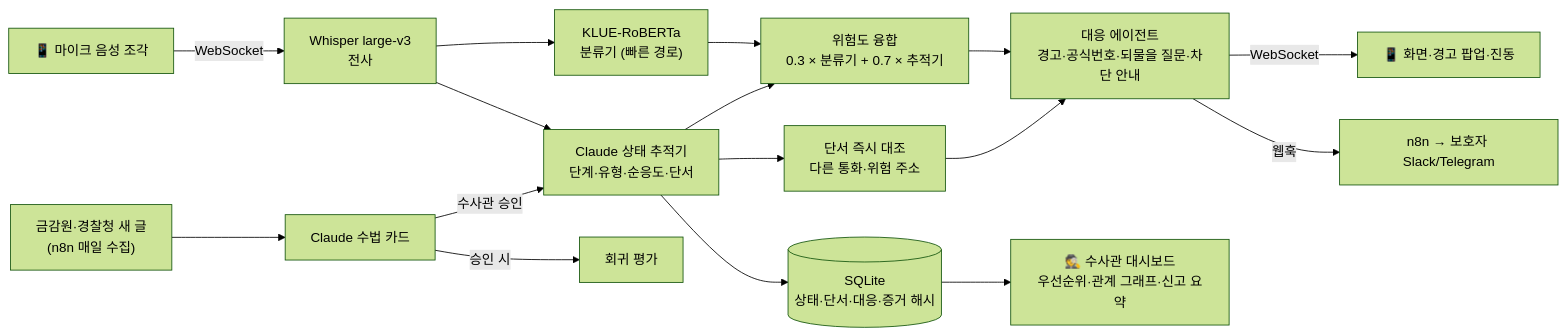
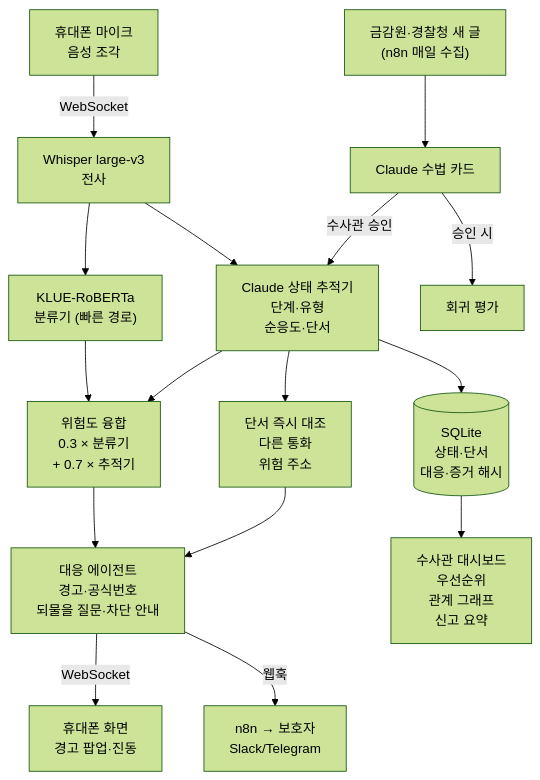
Before and after one commit to J-hosu/VoiceGuard-AI: the diagram in README.md, drawn with Mermaid (forest theme). The commit also changed other lines of this file and 12 other files, not shown here.

````diff
--- a/README.md
+++ b/README.md
@@ -128,18 +237,18 @@
 ```mermaid
-flowchart LR
-    MIC["📱 마이크 음성 조각"] -->|WebSocket| STT["Whisper large-v3<br/>전사"]
+flowchart TB
+    MIC["휴대폰 마이크<br/>음성 조각"] -->|WebSocket| STT["Whisper large-v3<br/>전사"]
     STT --> CLS["KLUE-RoBERTa<br/>분류기 (빠른 경로)"]
-    STT --> TRK["Claude 상태 추적기<br/>단계·유형·순응도·단서"]
-    CLS --> FUSE["위험도 융합<br/>0.3 × 분류기 + 0.7 × 추적기"]
+    STT --> TRK["Claude 상태 추적기<br/>단계·유형<br/>순응도·단서"]
+    CLS --> FUSE["위험도 융합<br/>0.3 × 분류기<br/>+ 0.7 × 추적기"]
     TRK --> FUSE
-    FUSE --> AGT["대응 에이전트<br/>경고·공식번호·되물을 질문·차단 안내"]
-    AGT -->|WebSocket| APP["📱 화면·경고 팝업·진동"]
-    AGT -->|웹훅| N8N["n8n → 보호자 Slack/Telegram"]
-    TRK --> DB[("SQLite<br/>상태·단서·대응·증거 해시")]
-    TRK --> LINK["단서 즉시 대조<br/>다른 통화·위험 주소"]
+    FUSE --> AGT["대응 에이전트<br/>경고·공식번호<br/>되물을 질문·차단 안내"]
+    AGT -->|WebSocket| APP["휴대폰 화면<br/>경고 팝업·진동"]
+    AGT -->|웹훅| N8N["n8n → 보호자<br/>Slack/Telegram"]
+    TRK --> DB[("SQLite<br/>상태·단서<br/>대응·증거 해시")]
+    TRK --> LINK["단서 즉시 대조<br/>다른 통화<br/>위험 주소"]
     LINK --> AGT
-    DB --> DASH["🕵️ 수사관 대시보드<br/>우선순위·관계 그래프·신고 요약"]
+    DB --> DASH["수사관 대시보드<br/>우선순위<br/>관계 그래프<br/>신고 요약"]
     OFF["금감원·경찰청 새 글<br/>(n8n 매일 수집)"] --> CARD["Claude 수법 카드"]
     CARD -->|수사관 승인| TRK
     CARD -->|승인 시| EVAL["회귀 평가"]
 ```
````
